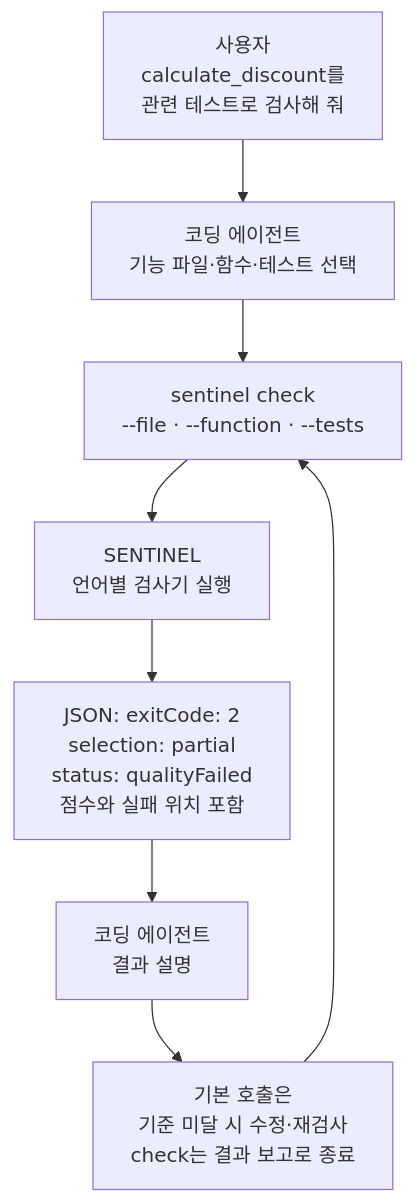
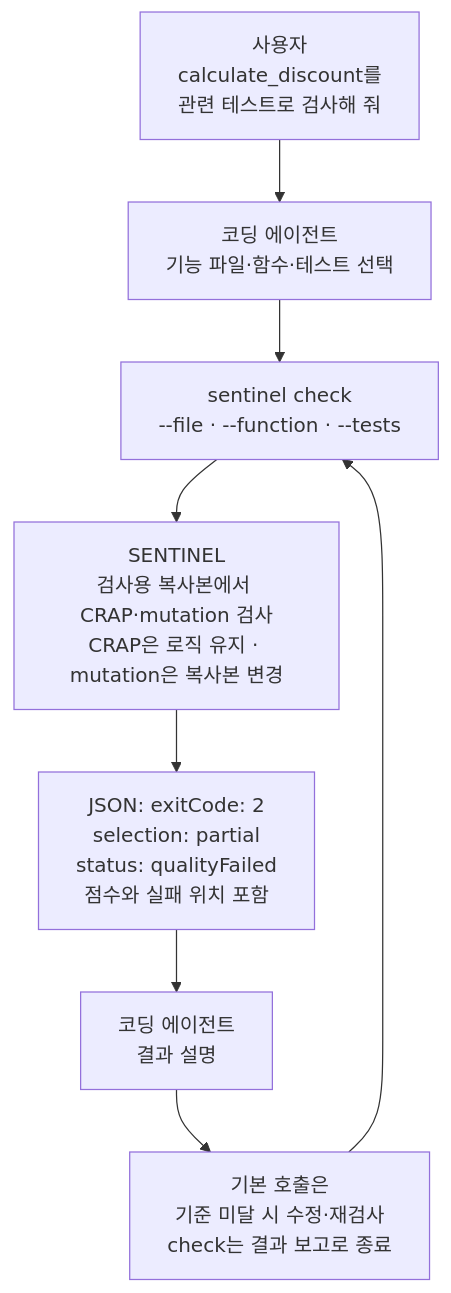
One commit to hwain-ai/SENTINEL changed the second of 2 diagrams in README.md. Above: the diagram before and after it, drawn with Mermaid. The commit also changed other lines of this file and 15 other files, not shown here.

````diff
--- a/README.md
+++ b/README.md
@@ -32,12 +119,12 @@
 ```mermaid
 flowchart TD
     U["사용자<br/>calculate_discount를<br/>관련 테스트로 검사해 줘"]
     A["코딩 에이전트<br/>기능 파일·함수·테스트 선택"]
     C["sentinel check<br/>--file · --function · --tests"]
-    S["SENTINEL<br/>언어별 검사기 실행"]
+    S["SENTINEL<br/>검사용 복사본에서 CRAP·mutation 검사<br/>CRAP은 로직 유지 · mutation은 복사본 변경"]
     J["JSON: exitCode: 2<br/>selection: partial<br/>status: qualityFailed<br/>점수와 실패 위치 포함"]
     R["코딩 에이전트<br/>결과 설명"]
     F["기본 호출은<br/>기준 미달 시 수정·재검사<br/>check는 결과 보고로 종료"]
     U --> A --> C --> S --> J --> R
     R --> F --> C
 ```
````
